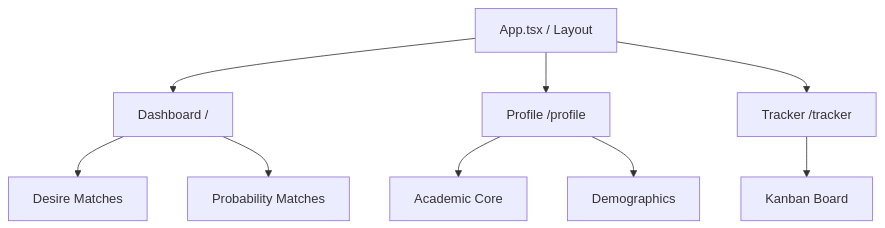
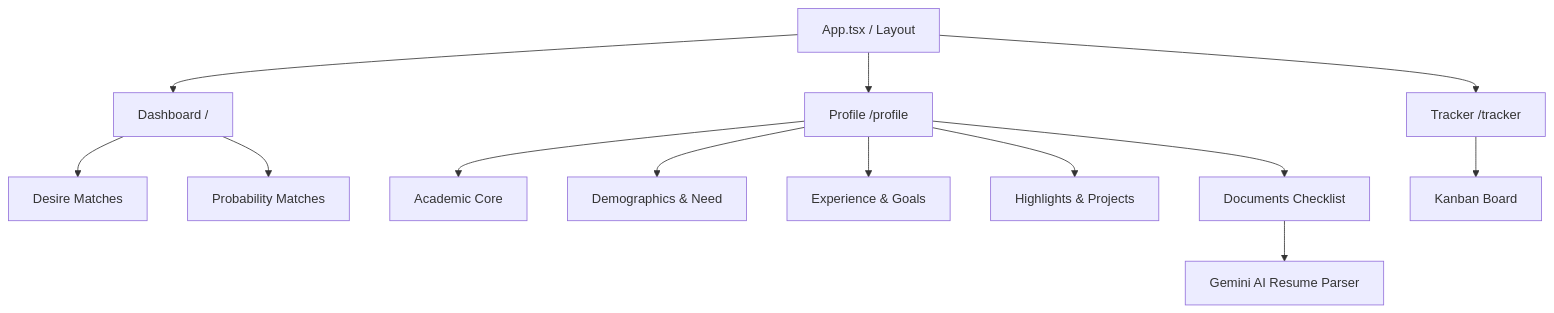
Before and after one commit to miguelangelcdm/scholarship-hunter: the diagram in README.md, drawn with Mermaid. The commit also changed other lines of this file and 19 other files, not shown here.

Commit message:
feat: add document uploads, interactive landing tab, Gemini AI autofill parser, and Playwright performance E2E testing

````diff
--- a/README.md
+++ b/README.md
@@ -11,11 +11,15 @@
 ```mermaid
 graph TD;
     A[App.tsx / Layout] --> B[Dashboard /];
     A --> C[Profile /profile];
     A --> D[Tracker /tracker];
     B --> E[Desire Matches];
     B --> F[Probability Matches];
     C --> G[Academic Core];
-    C --> H[Demographics];
+    C --> H[Demographics & Need];
+    C --> J[Experience & Goals];
+    C --> K[Highlights & Projects];
+    C --> L[Documents Checklist];
+    L --> M[Gemini AI Resume Parser];
     D --> I[Kanban Board];
 ```
````
